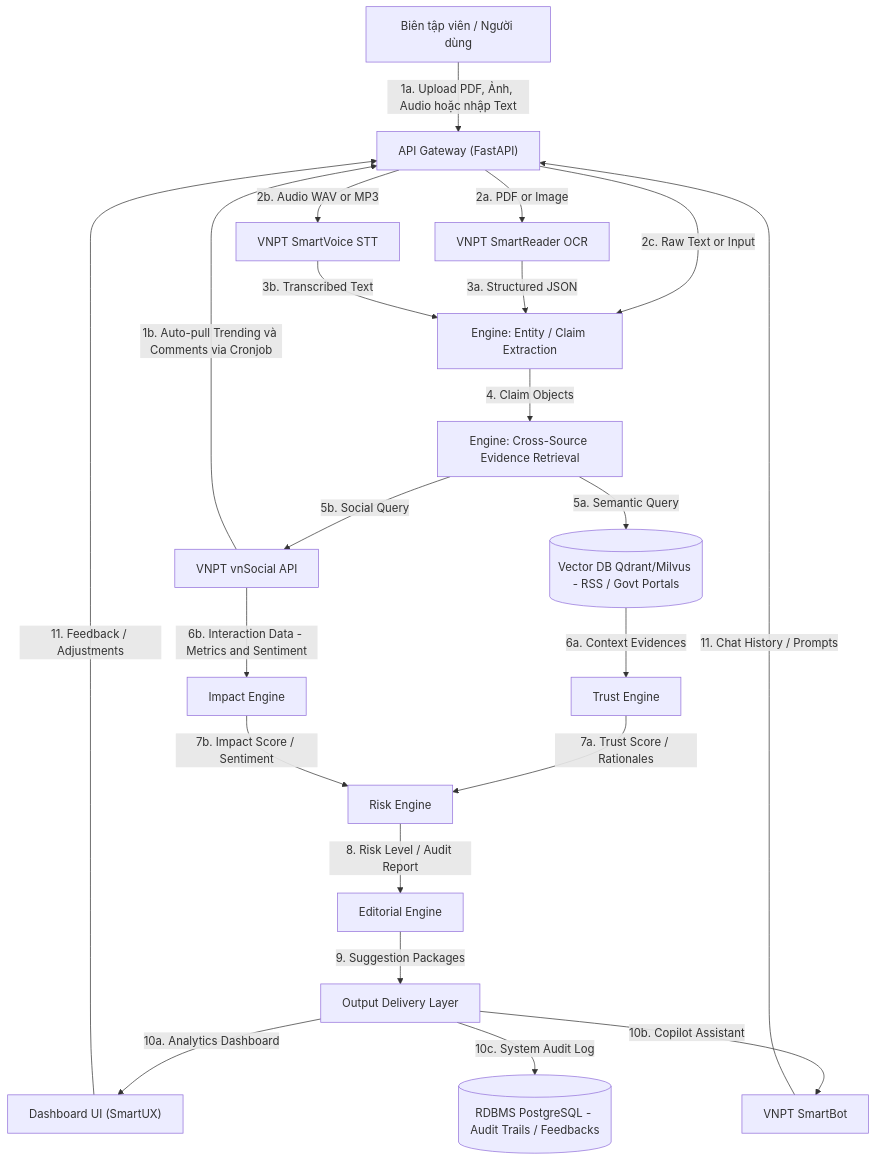
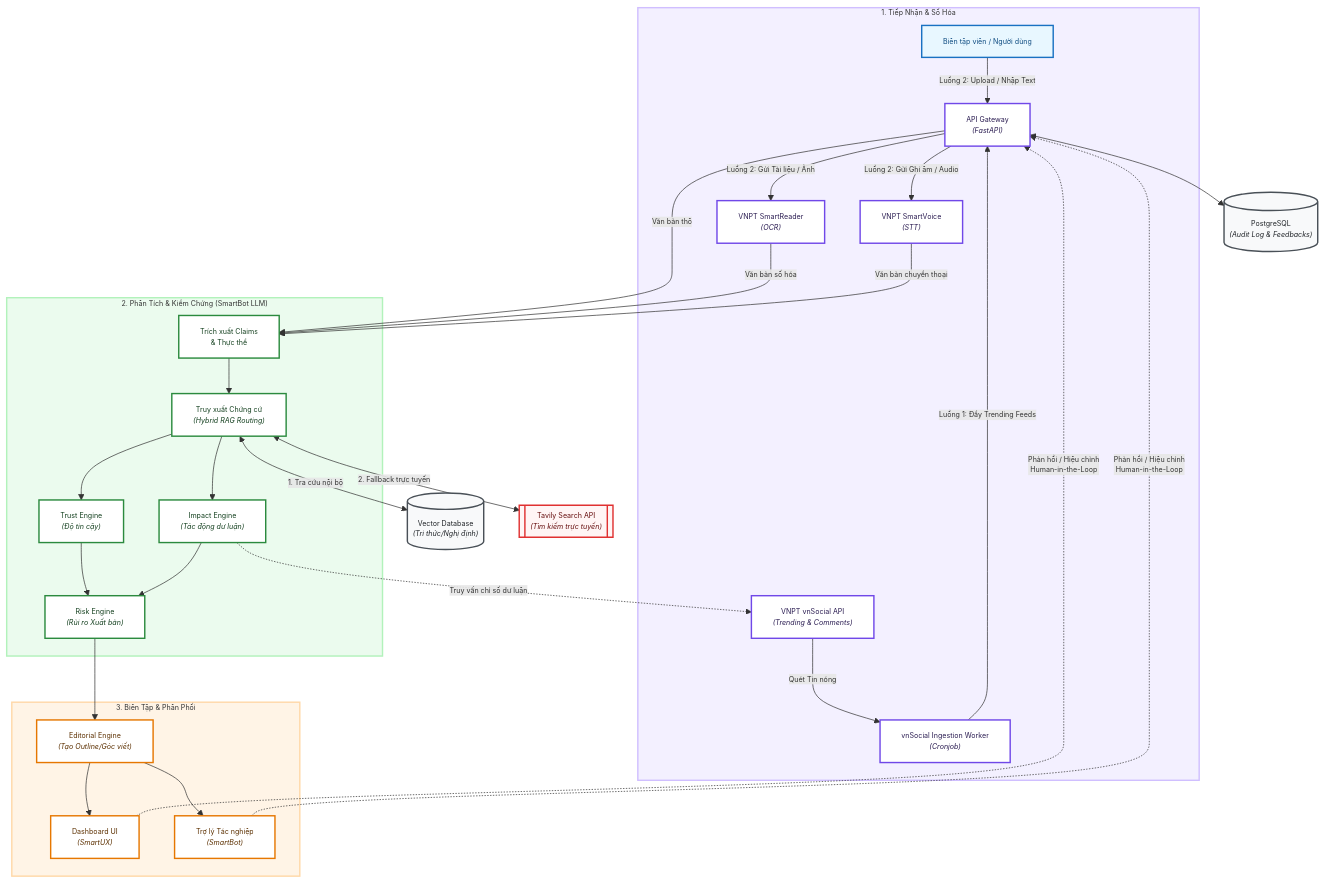
Before and after one commit to KidCute1412/VietnameseHackAIthon2026-SocialMedia: the first of 2 diagrams in docs/architectures/SystemArchitecture.md, drawn with Mermaid. The commit also changed other lines of this file and 5 other files, not shown here.

Commit message:
Feat(docs): Clear architecture

````diff
--- a/docs/architectures/SystemArchitecture.md
+++ b/docs/architectures/SystemArchitecture.md
@@ -11,39 +11,80 @@
 ```mermaid
+%%{init: {"flowchart": {"htmlLabels": true, "useMaxWidth": false}, "themeVariables": {"fontSize": "10px", "fontFamily": "Inter"}} }%%
 flowchart TD
-    %% Input Sources
-    User["Biên tập viên / Người dùng"] -->|1a. Upload PDF, Ảnh, Audio hoặc nhập Text| Gateway["API Gateway (FastAPI)"]
-    vnSocial["VNPT vnSocial API"] -->|1b. Auto-pull Trending và Comments via Cronjob| Gateway
-    
-    %% Input Digitization (Asynchronous)
-    Gateway -->|2a. PDF or Image| SmartReader["VNPT SmartReader OCR"]
-    Gateway -->|2b. Audio WAV or MP3| SmartVoice["VNPT SmartVoice STT"]
-    Gateway -->|2c. Raw Text or Input| Claims["Engine: Entity / Claim Extraction"]
-    
-    SmartReader -->|3a. Structured JSON| Claims
-    SmartVoice -->|3b. Transcribed Text| Claims
-    
-    %% Processing & Evaluation
-    Claims -->|4. Claim Objects| Retrieval["Engine: Cross-Source Evidence Retrieval"]
-    
-    %% DB & Knowledge Sources
-    Retrieval -->|5a. Semantic Query| VectorDB[("Vector DB Qdrant/Milvus - RSS / Govt Portals")]
-    Retrieval -->|5b. Social Query| vnSocial
-    
-    VectorDB -->|6a. Context Evidences| Trust["Trust Engine"]
-    vnSocial -->|6b. Interaction Data - Metrics and Sentiment| Impact["Impact Engine"]
-    
-    Trust -->|7a. Trust Score / Rationales| Risk["Risk Engine"]
-    Impact -->|7b. Impact Score / Sentiment| Risk
-    
-    %% Output Generation & Interactive Feedback Loop
-    Risk -->|8. Risk Level / Audit Report| Editorial["Editorial Engine"]
-    Editorial -->|9. Suggestion Packages| Output["Output Delivery Layer"]
-    
-    Output -->|10a. Analytics Dashboard| Dashboard["Dashboard UI (SmartUX)"]
-    Output -->|10b. Copilot Assistant| SmartBot["VNPT SmartBot"]
-    Output -->|10c. System Audit Log| DB[("RDBMS PostgreSQL - Audit Trails / Feedbacks")]
-    
-    %% Human-in-the-loop Feedback
-    Dashboard -->|11. Feedback / Adjustments| Gateway
-    SmartBot -->|11. Chat History / Prompts| Gateway
+    %% Style definitions
+    classDef actor fill:#e8f7ff,stroke:#1971c2,stroke-width:2px,color:#0f4c81;
+    classDef ingestion fill:#ffffff,stroke:#7048e8,stroke-width:2px,color:#2b1d52;
+    classDef core fill:#ffffff,stroke:#2b8a3e,stroke-width:2px,color:#14401f;
+    classDef delivery fill:#ffffff,stroke:#e67700,stroke-width:2px,color:#5c3000;
+    classDef db fill:#f8f9fa,stroke:#495057,stroke-width:2px,color:#212529;
+    classDef extAPI fill:#fff5f5,stroke:#e03131,stroke-width:2px,color:#660e0e;
+
+    %% Subgraph 1: Ingestion Layer
+    subgraph Ingestion ["1. Tiếp Nhận & Số Hóa"]
+        User["Biên tập viên / Người dùng"]:::actor
+        vnSocialAPI["VNPT vnSocial API<br><i>(Trending & Comments)</i>"]:::ingestion
+        Cronjob["vnSocial Ingestion Worker<br><i>(Cronjob)</i>"]:::ingestion
+        Gateway["API Gateway<br><i>(FastAPI)</i>"]:::ingestion
+        OCR["VNPT SmartReader<br><i>(OCR)</i>"]:::ingestion
+        STT["VNPT SmartVoice<br><i>(STT)</i>"]:::ingestion
+        
+        User -->|Luồng 2: Upload / Nhập Text| Gateway
+        vnSocialAPI -->|Quét Tin nóng| Cronjob
+        Cronjob -->|Luồng 1: Đẩy Trending Feeds| Gateway
+        Gateway -->|Luồng 2: Gửi Tài liệu / Ảnh| OCR
+        Gateway -->|Luồng 2: Gửi Ghi âm / Audio| STT
+    end
+
+    %% Subgraph 2: Processing & Verification Core
+    subgraph Core ["2. Phân Tích & Kiểm Chứng (SmartBot LLM)"]
+        Claims["Trích xuất Claims<br>& Thực thể"]:::core
+        Retrieval["Truy xuất Chứng cứ<br><i>(Hybrid RAG Routing)</i>"]:::core
+        
+        %% Side-by-side Engines
+        Trust["Trust Engine<br><i>(Độ tin cậy)</i>"]:::core
+        Impact["Impact Engine<br><i>(Tác động dư luận)</i>"]:::core
+        
+        Risk["Risk Engine<br><i>(Rủi ro Xuất bản)</i>"]:::core
+        
+        Claims --> Retrieval
+        Retrieval --> Trust
+        Retrieval --> Impact
+        Trust --> Risk
+        Impact --> Risk
+    end
+
+    %% Subgraph 3: Delivery & Interaction
+    subgraph Delivery ["3. Biên Tập & Phân Phối"]
+        Editorial["Editorial Engine<br><i>(Tạo Outline/Góc viết)</i>"]:::delivery
+        Dashboard["Dashboard UI<br><i>(SmartUX)</i>"]:::delivery
+        SmartBot["Trợ lý Tác nghiệp<br><i>(SmartBot)</i>"]:::delivery
+        
+        Editorial --> Dashboard
+        Editorial --> SmartBot
+    end
+
+    %% Inter-subgraph flow
+    Gateway -->|Văn bản thô| Claims
+    OCR -->|Văn bản số hóa| Claims
+    STT -->|Văn bản chuyển thoại| Claims
+    Risk --> Editorial
+
+    %% External Storage / Integration
+    VectorDB[("Vector Database<br><i>(Tri thức/Nghị định)</i>")]:::db
+    PostgreSQL[("PostgreSQL<br><i>(Audit Log & Feedbacks)</i>")]:::db
+    TavilyAPI[["Tavily Search API<br><i>(Tìm kiếm trực tuyến)</i>"]]:::extAPI
+
+    %% Connect databases close to their usage nodes
+    Gateway <--> PostgreSQL
+    Retrieval <-->|1. Tra cứu nội bộ| VectorDB
+    Retrieval <-->|2. Fallback trực tuyến| TavilyAPI
+
+    %% Feedback loops (curved dashed lines)
+    Dashboard & SmartBot -.->|Phản hồi / Hiệu chỉnh<br>Human-in-the-Loop| Gateway
+    Impact -.->|Truy vấn chỉ số dư luận| vnSocialAPI
+
+    %% Subgraph Styling
+    style Ingestion fill:#f3f0ff,stroke:#d0bfff,stroke-width:2px
+    style Core fill:#ebfbee,stroke:#b2f2bb,stroke-width:2px
+    style Delivery fill:#fff4e6,stroke:#ffd8a8,stroke-width:2px
 ```
````
